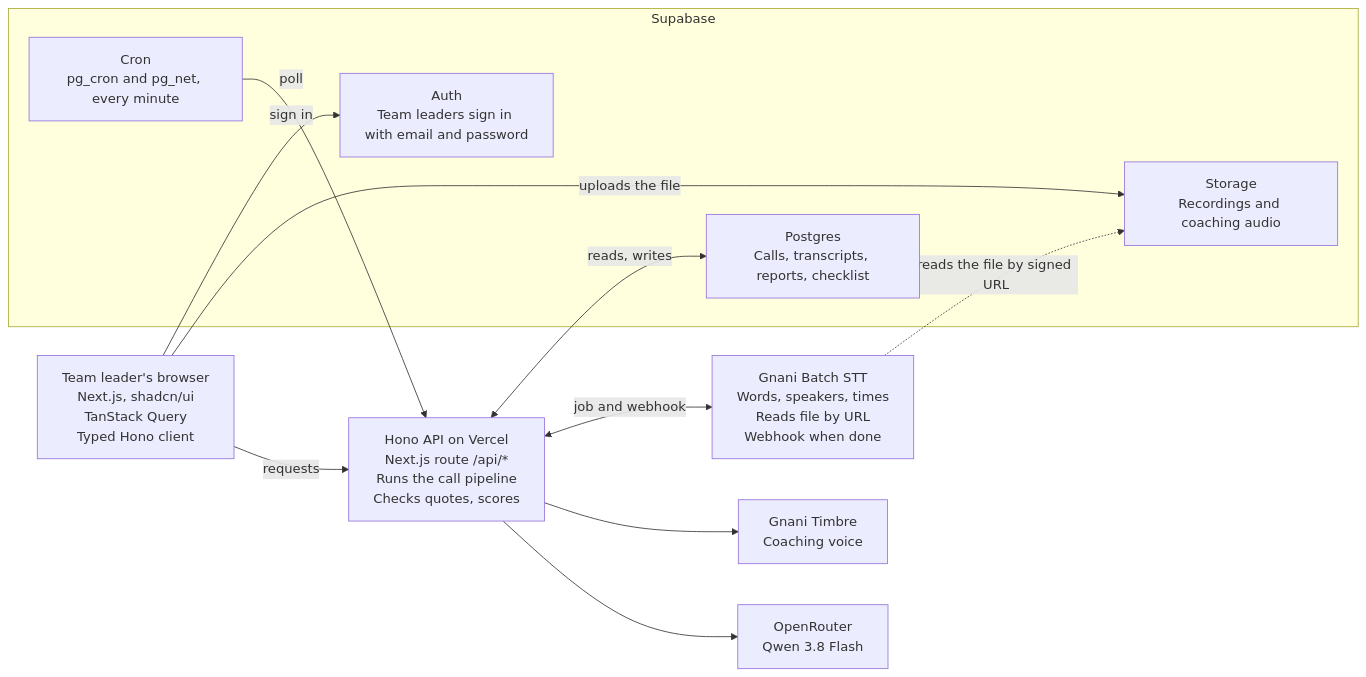
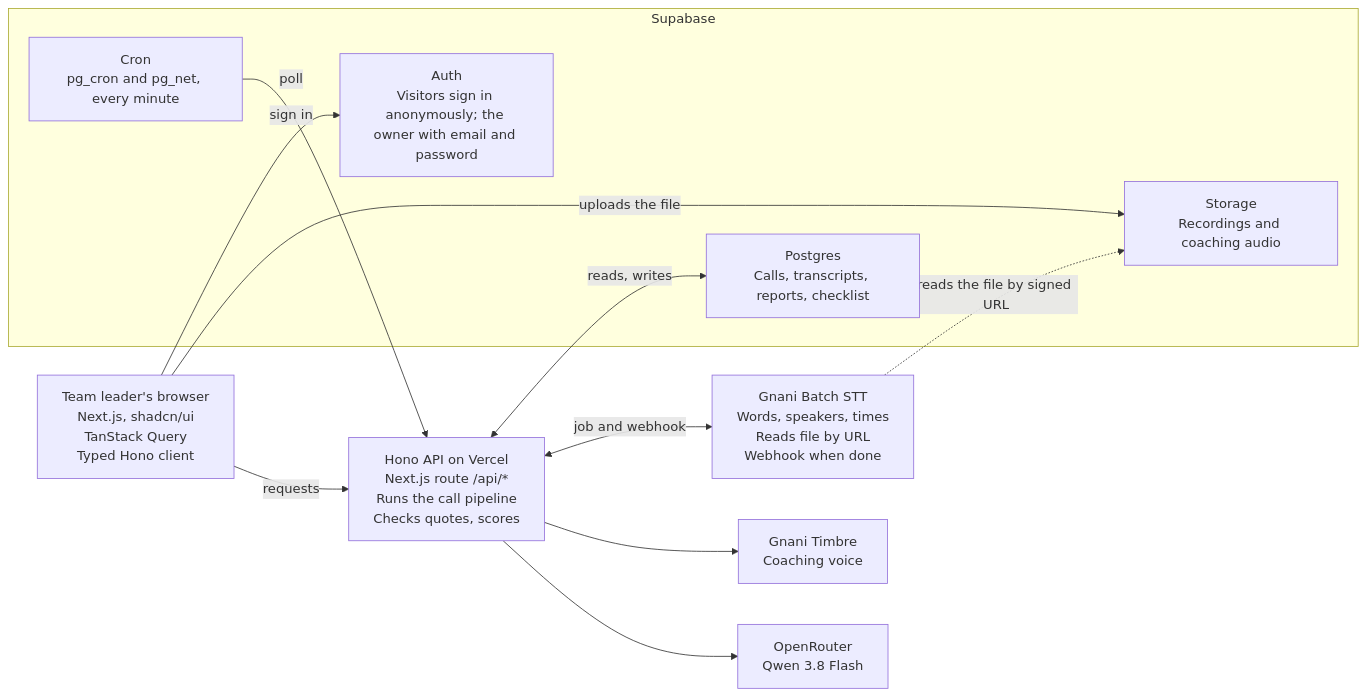
The diagram in docs/TRD.md (neha-tanti/sunoai), drawn with Mermaid before and after one commit. The commit also changed other lines of this file and 42 other files, not shown here.

````diff
--- a/docs/TRD.md
+++ b/docs/TRD.md
@@ -49,23 +49,23 @@
 ```mermaid
 flowchart LR
   browser["Team leader's browser<br/>Next.js, shadcn/ui<br/>TanStack Query<br/>Typed Hono client"]
   hono["Hono API on Vercel<br/>Next.js route /api/*<br/>Runs the call pipeline<br/>Checks quotes, scores"]
   batch["Gnani Batch STT<br/>Words, speakers, times<br/>Reads file by URL<br/>Webhook when done"]
   timbre["Gnani Timbre<br/>Coaching voice"]
   openrouter["OpenRouter<br/>Qwen 3.8 Flash"]
   subgraph supabase["Supabase"]
-    auth["Auth<br/>Team leaders sign in with email and password"]
+    auth["Auth<br/>Visitors sign in anonymously; the owner with email and password"]
     storage["Storage<br/>Recordings and coaching audio"]
     postgres["Postgres<br/>Calls, transcripts, reports, checklist"]
     cron["Cron<br/>pg_cron and pg_net, every minute"]
   end
   browser -->|requests| hono
   browser -->|sign in| auth
   browser -->|uploads the file| storage
   hono <-->|job and webhook| batch
   hono --> timbre
   hono --> openrouter
   hono <-->|reads, writes| postgres
   cron -->|poll| hono
   batch -.->|reads the file by signed URL| storage
 ```
````
